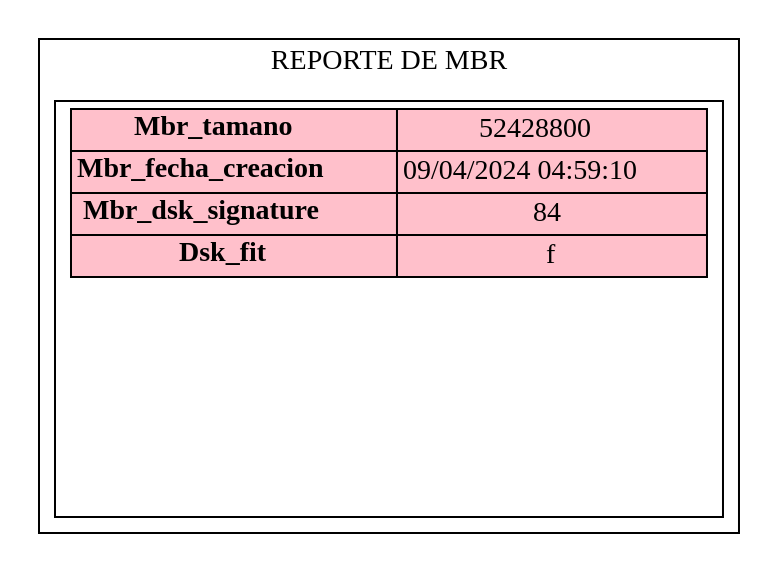
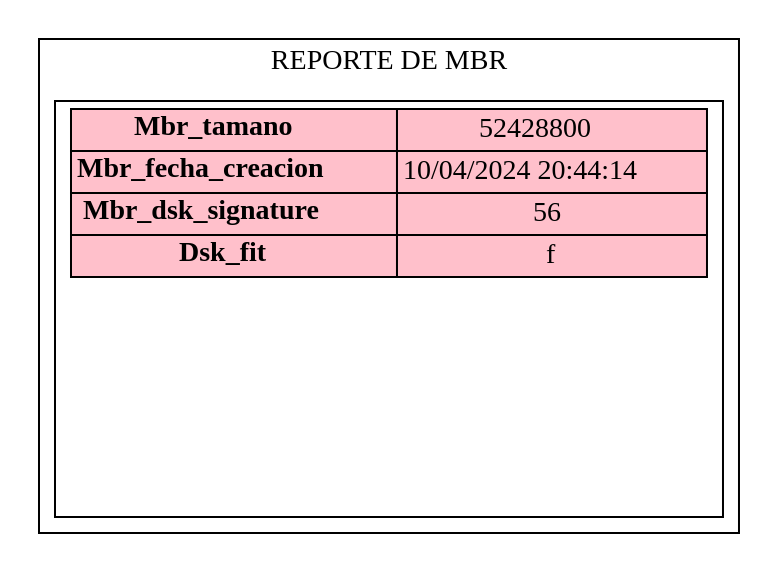
One commit to NatalyDuarte/MIA_P2_202001570 changed the diagram in Backend/Mbr.dot. Above: the diagram before and after it, drawn with Graphviz. The commit also changed 39 other files, not shown here.

```diff
--- a/Backend/Mbr.dot
+++ b/Backend/Mbr.dot
@@ -1,11 +1,11 @@
 digraph G{
 subgraph cluster{
 label="REPORTE DE MBR"
 tbl[shape=box,label=<
 <table border='0' cellborder='1' cellspacing='0' width='300'  height='200' >
 <tr> <td width='150' bgcolor="pink"><b>Mbr_tamano</b></td><td width='150' bgcolor="pink">52428800</td>  </tr>
-<tr>  <td bgcolor="pink"><b>Mbr_fecha_creacion</b></td><td bgcolor="pink">09/04/2024 04:59:10</td>  </tr>
-<tr>  <td bgcolor="pink"><b>Mbr_dsk_signature</b></td><td bgcolor="pink">84</td>  </tr>
+<tr>  <td bgcolor="pink"><b>Mbr_fecha_creacion</b></td><td bgcolor="pink">10/04/2024 20:44:14</td>  </tr>
+<tr>  <td bgcolor="pink"><b>Mbr_dsk_signature</b></td><td bgcolor="pink">56</td>  </tr>
 <tr>  <td bgcolor="pink"><b>Dsk_fit</b></td><td bgcolor="pink">f</td>  </tr></table>
 >];
 }}
```
